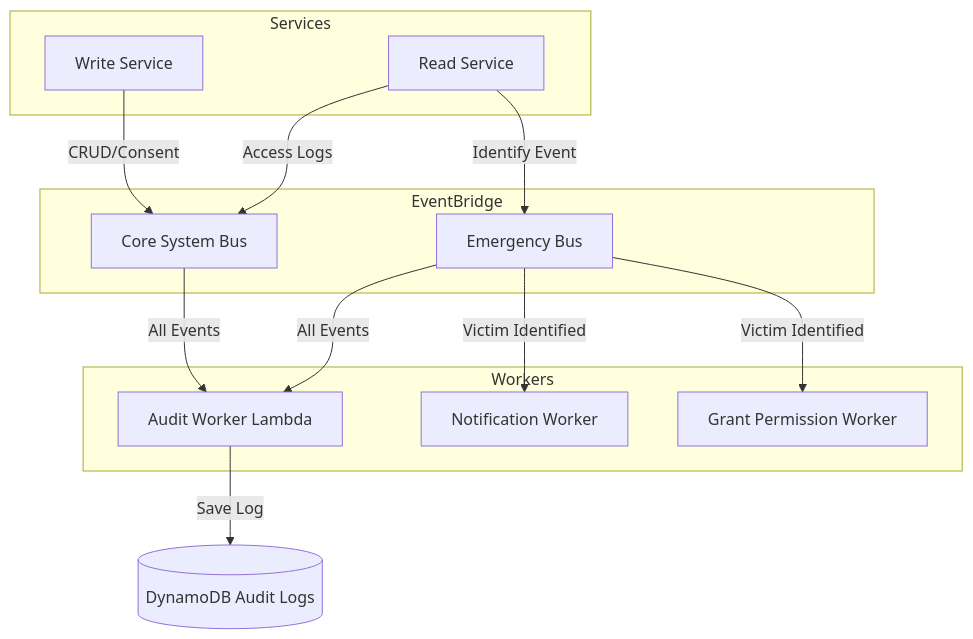
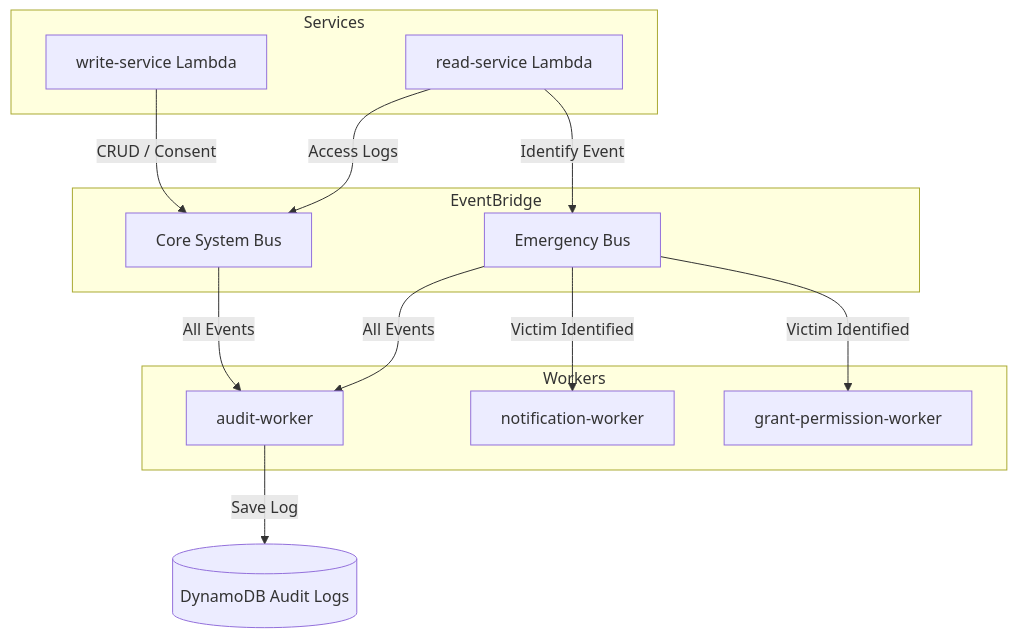
The diagram in SYSTEM_DESIGN.md (FivesFromF/help_me_context), drawn with Mermaid before and after one commit. The commit also changed other lines of this file, not shown here.

````diff
--- a/SYSTEM_DESIGN.md
+++ b/SYSTEM_DESIGN.md
@@ -31,29 +82,29 @@
 ```mermaid
 graph TD
     subgraph Services
-        WS[Write Service]
-        RS[Read Service]
+        WS[write-service Lambda]
+        RS[read-service Lambda]
     end
 
     subgraph EventBridge
         SB[Core System Bus]
         EB[Emergency Bus]
     end
 
     subgraph Workers
-        AW[Audit Worker Lambda]
-        NW[Notification Worker]
-        GW[Grant Permission Worker]
+        AW[audit-worker]
+        NW[notification-worker]
+        GW[grant-permission-worker]
     end
 
-    WS -->|CRUD/Consent| SB
+    WS -->|CRUD / Consent| SB
     RS -->|Access Logs| SB
     RS -->|Identify Event| EB
 
     SB -->|All Events| AW
     EB -->|All Events| AW
     EB -->|Victim Identified| NW
     EB -->|Victim Identified| GW
 
     AW -->|Save Log| DDB[(DynamoDB Audit Logs)]
 ```
````
